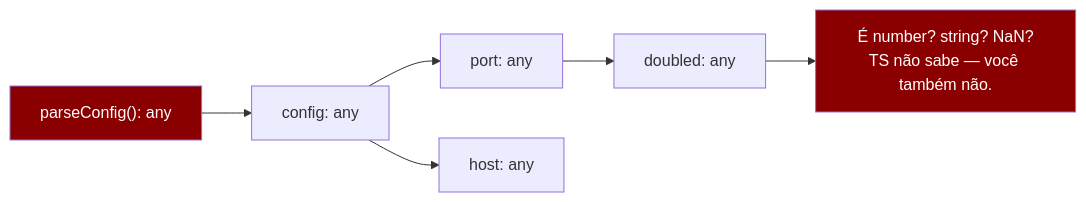
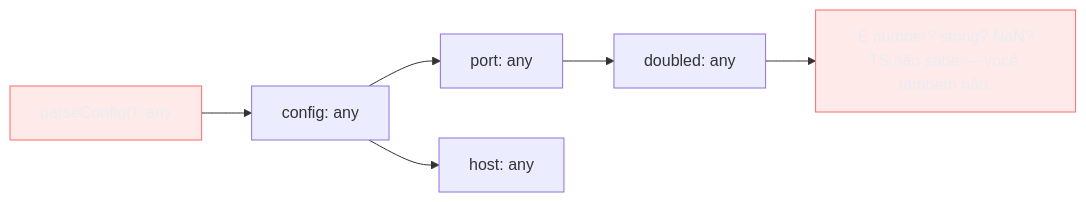
One commit to josenaldo/codex-technomanticus changed the second of 4 diagrams in 03-Dominios/Tecnologia/TypeScript/04 - any, unknown e never.md. Above: the diagram before and after it, drawn with Mermaid. The commit also changed other lines of this file and 1181 other files, not shown here.

First line of the commit message:
fix(diagramas): paleta do sistema no lugar de cor cravada no markdown

````diff
--- a/03-Dominios/Tecnologia/TypeScript/04 - any, unknown e never.md
+++ b/03-Dominios/Tecnologia/TypeScript/04 - any, unknown e never.md
@@ -104,10 +106,11 @@
 ```mermaid
 flowchart LR
+    classDef falha fill:#FF6B6B24,stroke:#FF6B6B,color:#E9ECF2
     F["parseConfig(): any"] --> A["config: any"]
     A --> B["port: any"]
     A --> C["host: any"]
     B --> D["doubled: any"]
     D --> E["É number? string? NaN?<br/>TS não sabe — você também não."]
-    style F fill:#8a0000,color:#fff
-    style E fill:#8a0000,color:#fff
+    class F falha
+    class E falha
 ```
````
